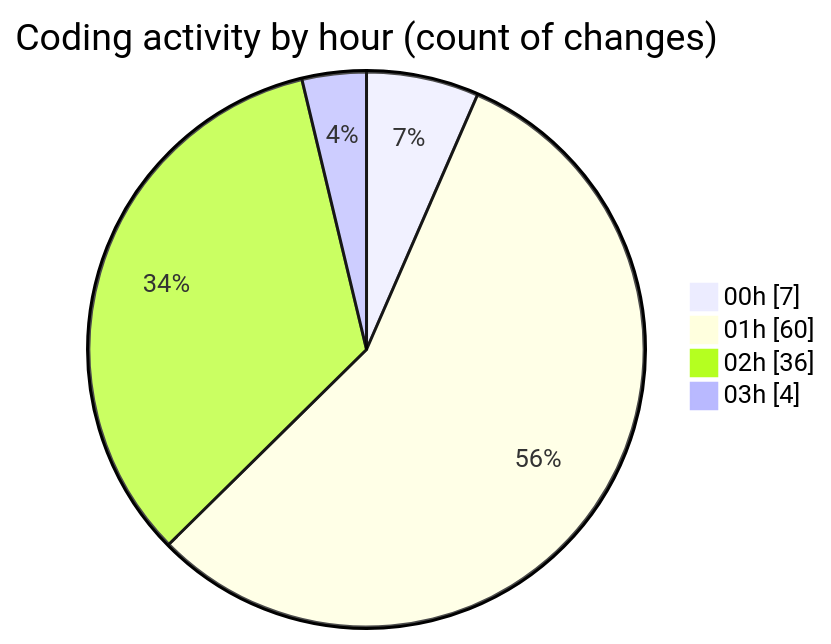
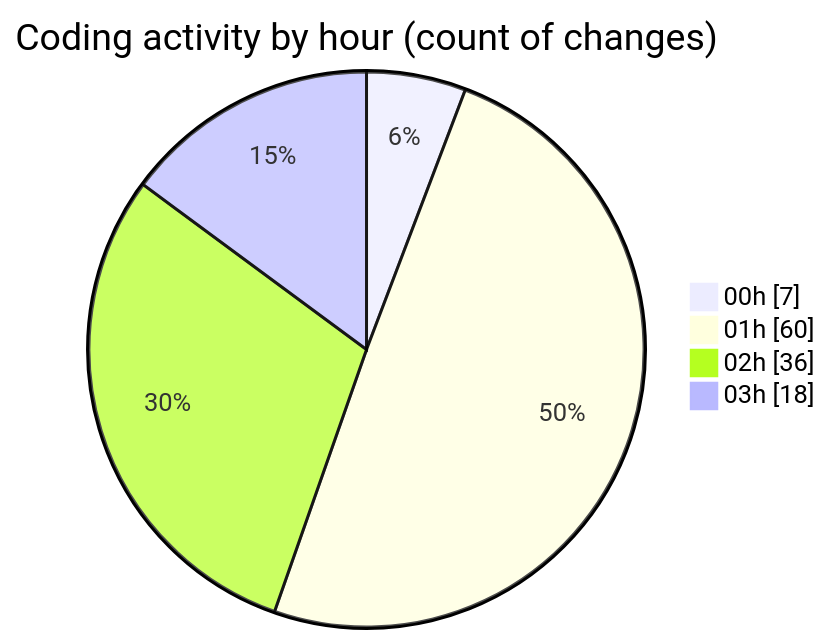
The second of 2 diagrams in 2025-10-07/eventscop-frontend-guide__workspace_/README.md (julien-gomy/code-tracking), drawn with Mermaid before and after one commit. The commit also changed other lines of this file and 1 other file, not shown here.

````diff
--- a/2025-10-07/eventscop-frontend-guide__workspace_/README.md
+++ b/2025-10-07/eventscop-frontend-guide__workspace_/README.md
@@ -80,8 +83,8 @@
 ```mermaid
 pie showData
 title Coding activity by hour (count of changes)
 "00h" : 7
 "01h" : 60
 "02h" : 36
-"03h" : 4
+"03h" : 18
 ```
````
